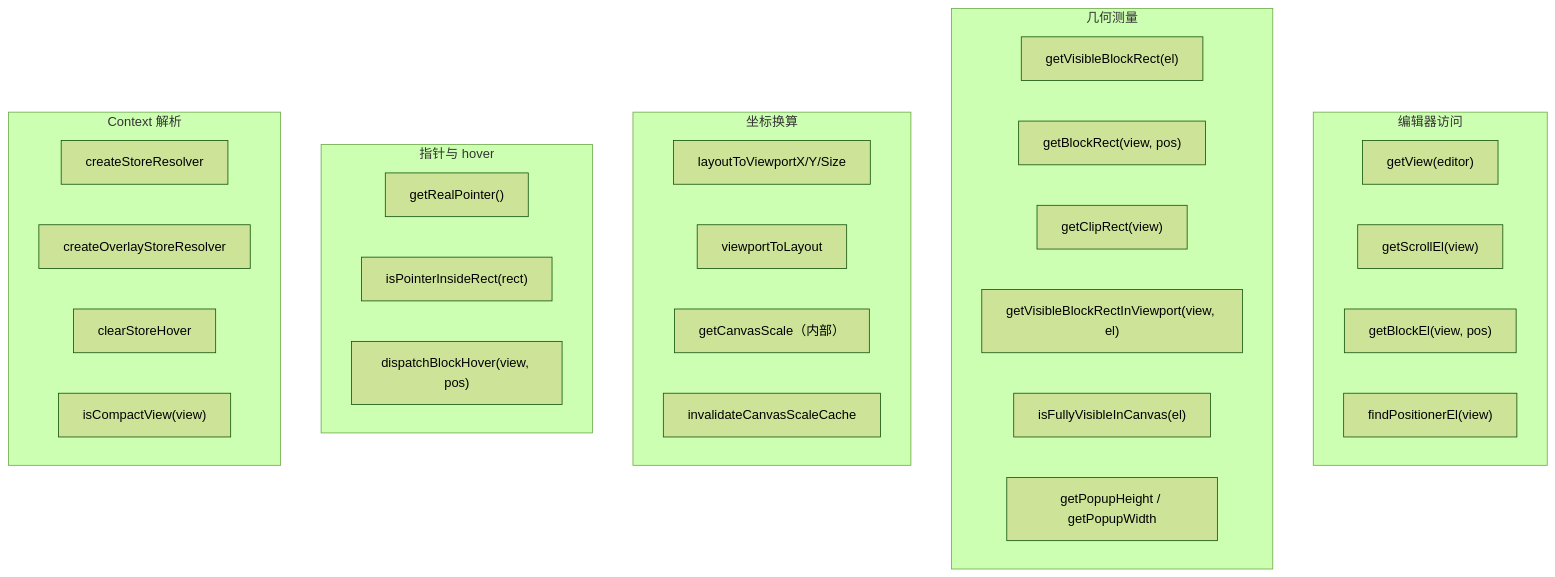
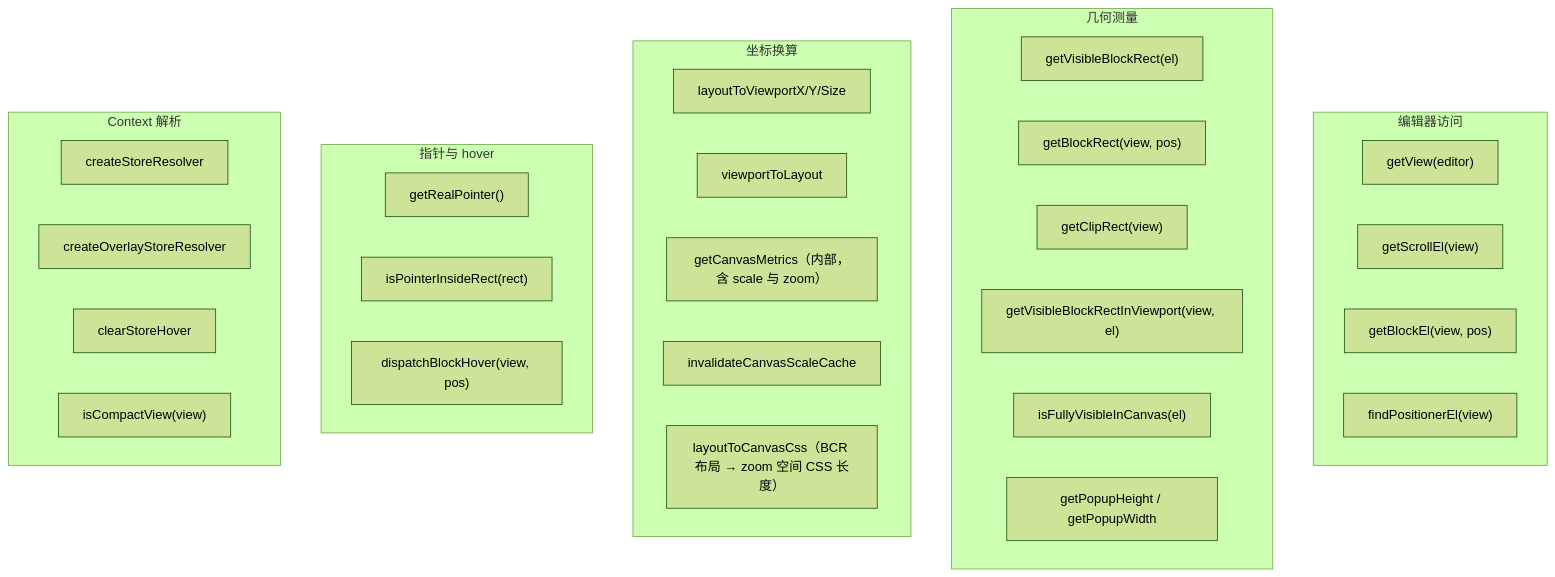
One commit to LogicAurora/Mindrizzle changed the first of 3 diagrams in src/docs/flow/10-utils.md. Above: the diagram before and after it, drawn with Mermaid (forest theme). The commit also changed other lines of this file and 6 other files, not shown here.

````diff
--- a/src/docs/flow/10-utils.md
+++ b/src/docs/flow/10-utils.md
@@ -6,34 +6,35 @@
 ```mermaid
 flowchart TB
   subgraph 编辑器访问
     A1["getView(editor)"]
     A2["getScrollEl(view)"]
     A3["getBlockEl(view, pos)"]
     A4["findPositionerEl(view)"]
   end
   subgraph 几何测量
     B1["getVisibleBlockRect(el)"]
     B2["getBlockRect(view, pos)"]
     B3["getClipRect(view)"]
     B4["getVisibleBlockRectInViewport(view, el)"]
     B5["isFullyVisibleInCanvas(el)"]
     B6["getPopupHeight / getPopupWidth"]
   end
   subgraph 坐标换算
     C1["layoutToViewportX/Y/Size"]
     C2["viewportToLayout"]
-    C3["getCanvasScale（内部）"]
+    C3["getCanvasMetrics（内部，含 scale 与 zoom）"]
     C4["invalidateCanvasScaleCache"]
+    C5["layoutToCanvasCss（BCR 布局 → zoom 空间 CSS 长度）"]
   end
   subgraph 指针与 hover
     D1["getRealPointer()"]
     D2["isPointerInsideRect(rect)"]
     D3["dispatchBlockHover(view, pos)"]
   end
   subgraph Context 解析
     E1["createStoreResolver"]
     E2["createOverlayStoreResolver"]
     E3["clearStoreHover"]
     E4["isCompactView(view)"]
   end
 ```
````
